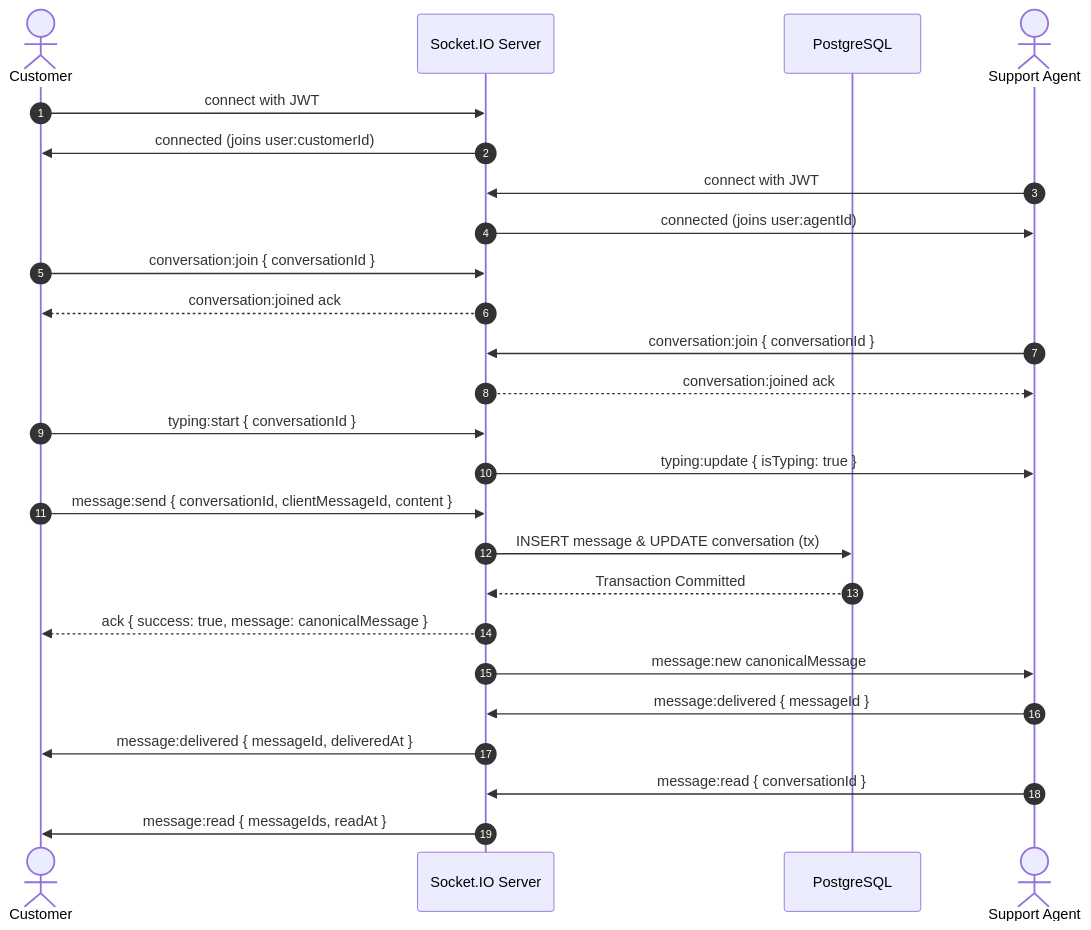
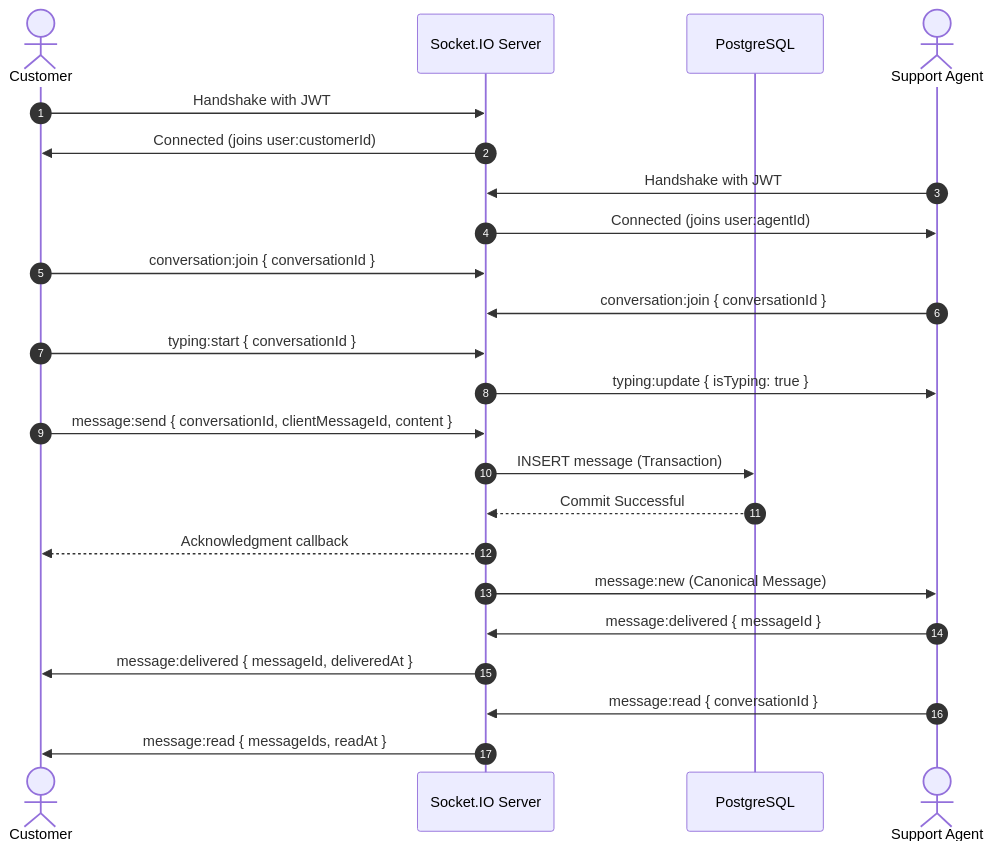
One commit to iamabdullahzubair/omnidesk changed the second of 2 diagrams in README.md. Above: the diagram before and after it, drawn with Mermaid. The commit also changed other lines of this file, not shown here.

Commit message:
docs: overhaul README with engineering architecture specifications

````diff
--- a/README.md
+++ b/README.md
@@ -470,34 +335,31 @@
 ```mermaid
 sequenceDiagram
     autonumber
     actor Customer as Customer
     participant Server as Socket.IO Server
     participant DB as PostgreSQL
     actor Agent as Support Agent
 
-    Customer->>Server: connect with JWT
-    Server->>Customer: connected (joins user:customerId)
-    Agent->>Server: connect with JWT
-    Server->>Agent: connected (joins user:agentId)
+    Customer->>Server: Handshake with JWT
+    Server->>Customer: Connected (joins user:customerId)
+    Agent->>Server: Handshake with JWT
+    Server->>Agent: Connected (joins user:agentId)
 
     Customer->>Server: conversation:join { conversationId }
-    Server-->>Customer: conversation:joined ack
-
     Agent->>Server: conversation:join { conversationId }
-    Server-->>Agent: conversation:joined ack
 
     Customer->>Server: typing:start { conversationId }
     Server->>Agent: typing:update { isTyping: true }
 
     Customer->>Server: message:send { conversationId, clientMessageId, content }
-    Server->>DB: INSERT message & UPDATE conversation (tx)
-    DB-->>Server: Transaction Committed
-    Server-->>Customer: ack { success: true, message: canonicalMessage }
-    Server->>Agent: message:new canonicalMessage
+    Server->>DB: INSERT message (Transaction)
+    DB-->>Server: Commit Successful
+    Server-->>Customer: Acknowledgment callback
+    Server->>Agent: message:new (Canonical Message)
 
     Agent->>Server: message:delivered { messageId }
     Server->>Customer: message:delivered { messageId, deliveredAt }
 
     Agent->>Server: message:read { conversationId }
     Server->>Customer: message:read { messageIds, readAt }
 ```
````
